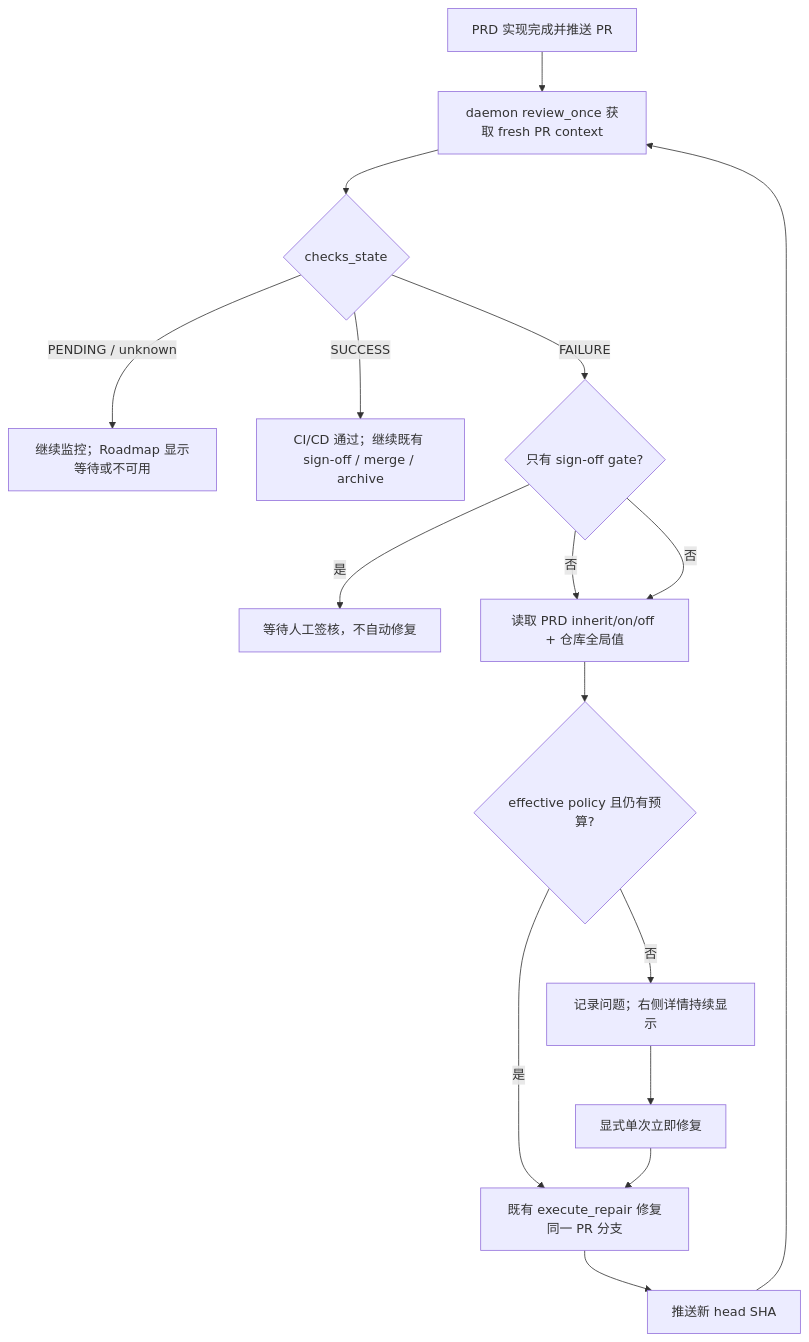
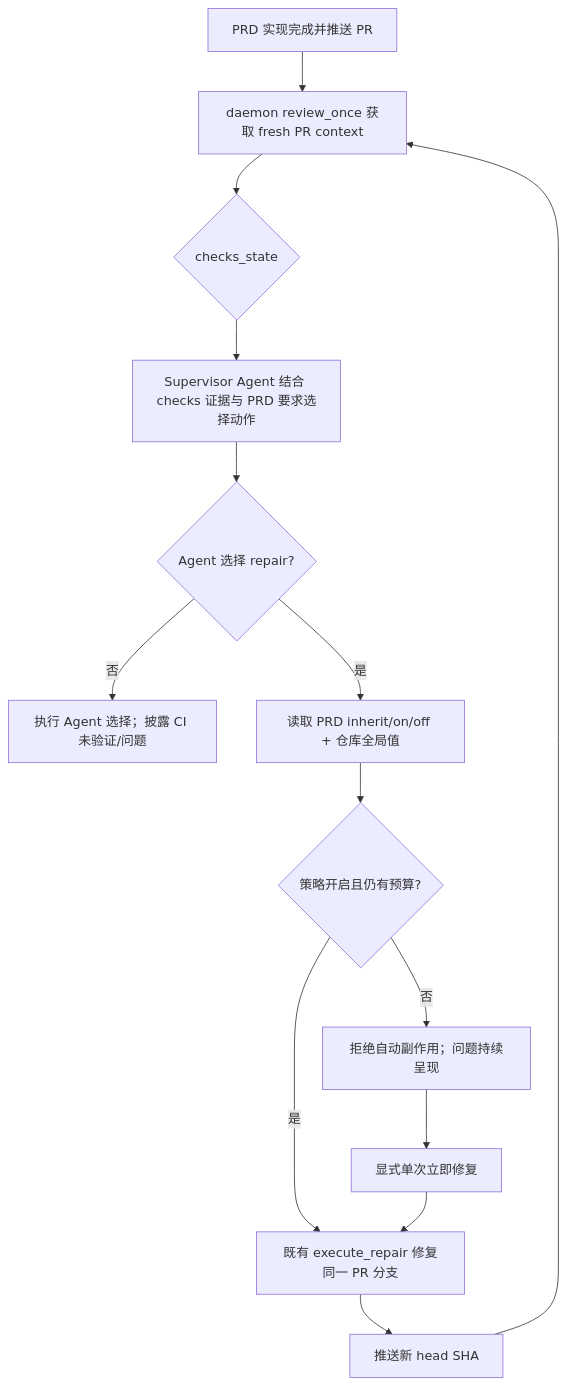
One commit to ZataZhang/keda changed the diagram in tasks/pending/P1-FEAT-20260916-134008-roadmap-prd-cicd-monitor-auto-repair.md. Above: the diagram before and after it, drawn with Mermaid. The commit also changed other lines of this file and 2 other files, not shown here.

First line of the commit message:
docs(prd): add the agent-led post-PR CI decision PRD

````diff
--- a/tasks/pending/P1-FEAT-20260916-134008-roadmap-prd-cicd-monitor-auto-repair.md
+++ b/tasks/pending/P1-FEAT-20260916-134008-roadmap-prd-cicd-monitor-auto-repair.md
@@ -275,18 +275,16 @@
 ```mermaid
 flowchart TD
     A["PRD 实现完成并推送 PR"] --> B["daemon review_once 获取 fresh PR context"]
     B --> C{"checks_state"}
-    C -->|PENDING / unknown| D["继续监控；Roadmap 显示等待或不可用"]
-    C -->|SUCCESS| E["CI/CD 通过；继续既有 sign-off / merge / archive"]
-    C -->|FAILURE| F{"只有 sign-off gate?"}
-    F -->|是| G["等待人工签核，不自动修复"]
-    F -->|否| H{"auto_repair_ci 且仍有预算?"}
-    F -->|否| H["读取 PRD inherit/on/off + 仓库全局值"]
-    H --> M{"effective policy 且仍有预算?"}
-    M -->|否| I["记录问题；右侧详情持续显示"]
+    C --> D["Supervisor Agent 结合 checks 证据与 PRD 要求选择动作"]
+    D --> E{"Agent 选择 repair?"}
+    E -->|否| G["执行 Agent 选择；披露 CI 未验证/问题"]
+    E -->|是| H["读取 PRD inherit/on/off + 仓库全局值"]
+    H --> M{"策略开启且仍有预算?"}
+    M -->|否| I["拒绝自动副作用；问题持续呈现"]
     M -->|是| J["既有 execute_repair 修复同一 PR 分支"]
     J --> K["推送新 head SHA"]
     K --> B
     I --> L["显式单次立即修复"]
     L --> J
 ```
````
